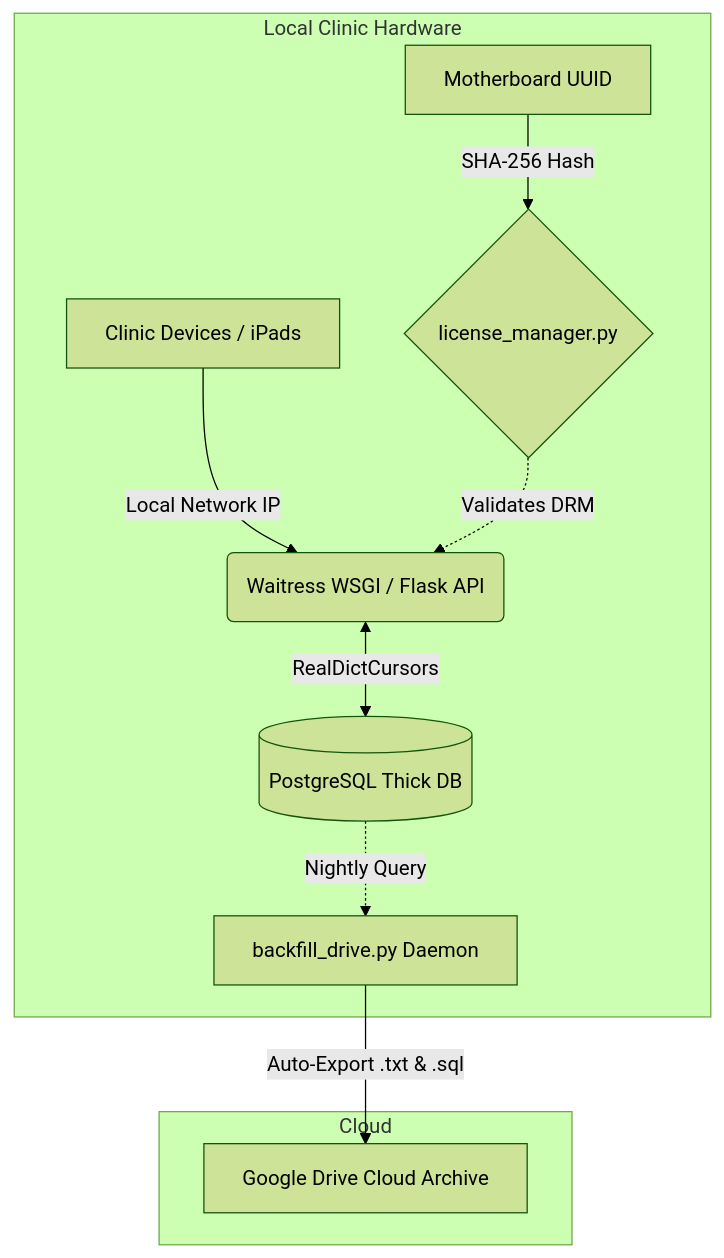
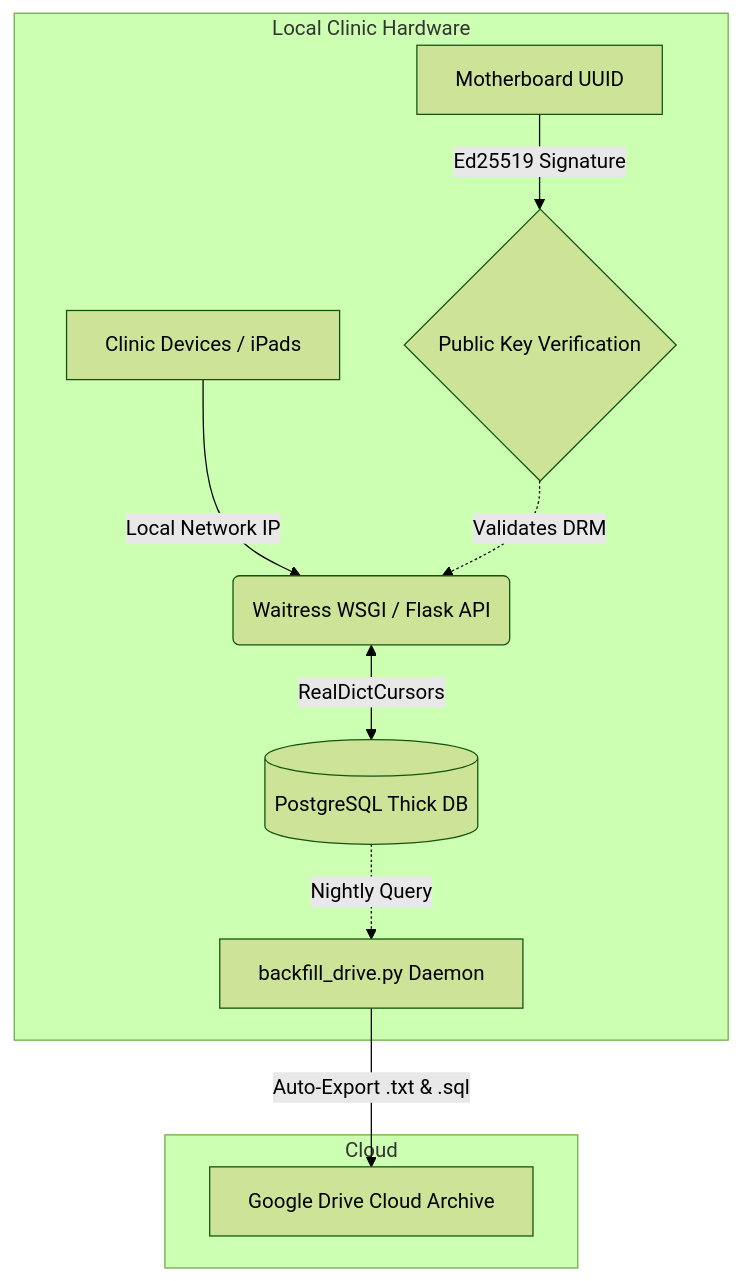
One commit to AlandDiary/MercyVet changed the first of 2 diagrams in README.md. Above: the diagram before and after it, drawn with Mermaid (forest theme). The commit also changed other lines of this file, not shown here.

````diff
--- a/README.md
+++ b/README.md
@@ -21,14 +19,14 @@
 ```mermaid
 graph TD
     subgraph Local Clinic Hardware
         A[Clinic Devices / iPads] -->|Local Network IP| B(Waitress WSGI / Flask API)
-        F[Motherboard UUID] -->|SHA-256 Hash| G{license_manager.py}
+        F[Motherboard UUID] -->|Ed25519 Signature| G{Public Key Verification}
         G -.->|Validates DRM| B
         B <-->|RealDictCursors| C[(PostgreSQL Thick DB)]
         C -.->|Nightly Query| D[backfill_drive.py Daemon]
     end
     
     subgraph Cloud
         D -->|Auto-Export .txt & .sql| E[Google Drive Cloud Archive]
     end
 ```
````
